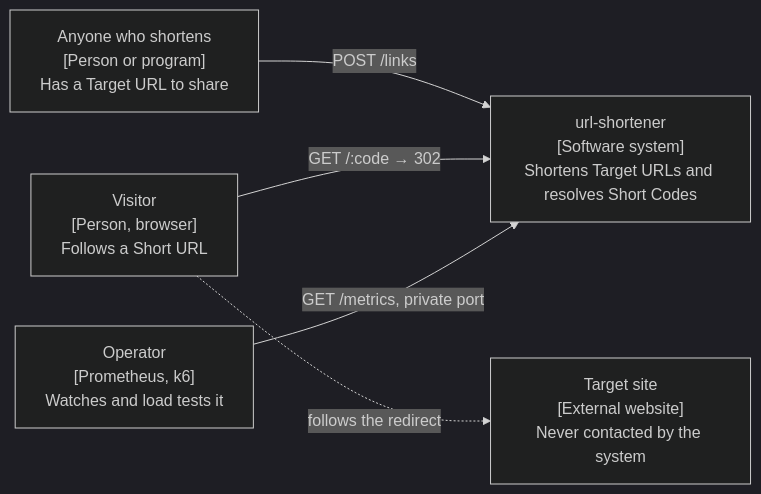
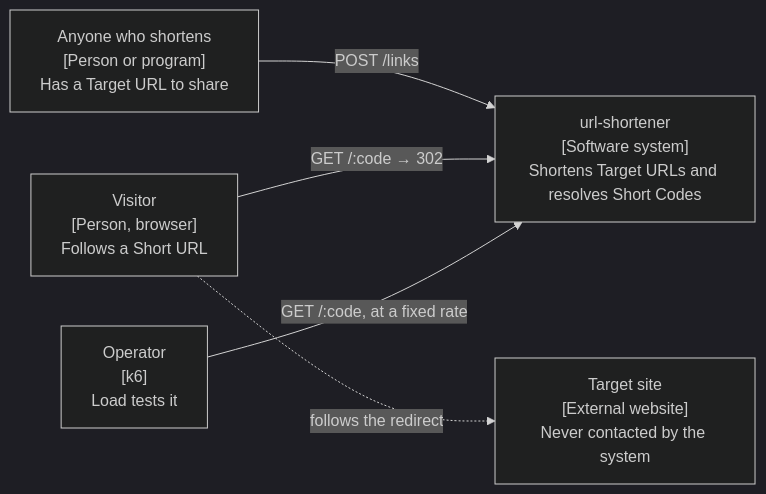
Before and after one commit to poschuler/url-shortener: the first of 3 diagrams in docs/architecture.md, drawn with Mermaid (dark theme). The commit also changed other lines of this file and 4 other files, not shown here.

````diff
--- a/docs/architecture.md
+++ b/docs/architecture.md
@@ -7,13 +7,13 @@
 ```mermaid
 flowchart LR
   creator["Anyone who shortens<br/>[Person or program]<br/>Has a Target URL to share"]
   visitor["Visitor<br/>[Person, browser]<br/>Follows a Short URL"]
-  ops["Operator<br/>[Prometheus, k6]<br/>Watches and load tests it"]
+  ops["Operator<br/>[k6]<br/>Load tests it"]
   system["url-shortener<br/>[Software system]<br/>Shortens Target URLs and resolves Short Codes"]
   target["Target site<br/>[External website]<br/>Never contacted by the system"]
 
   creator -- "POST /links" --> system
   visitor -- "GET /:code → 302" --> system
   visitor -. "follows the redirect" .-> target
-  ops -- "GET /metrics, private port" --> system
+  ops -- "GET /:code, at a fixed rate" --> system
 ```
````
